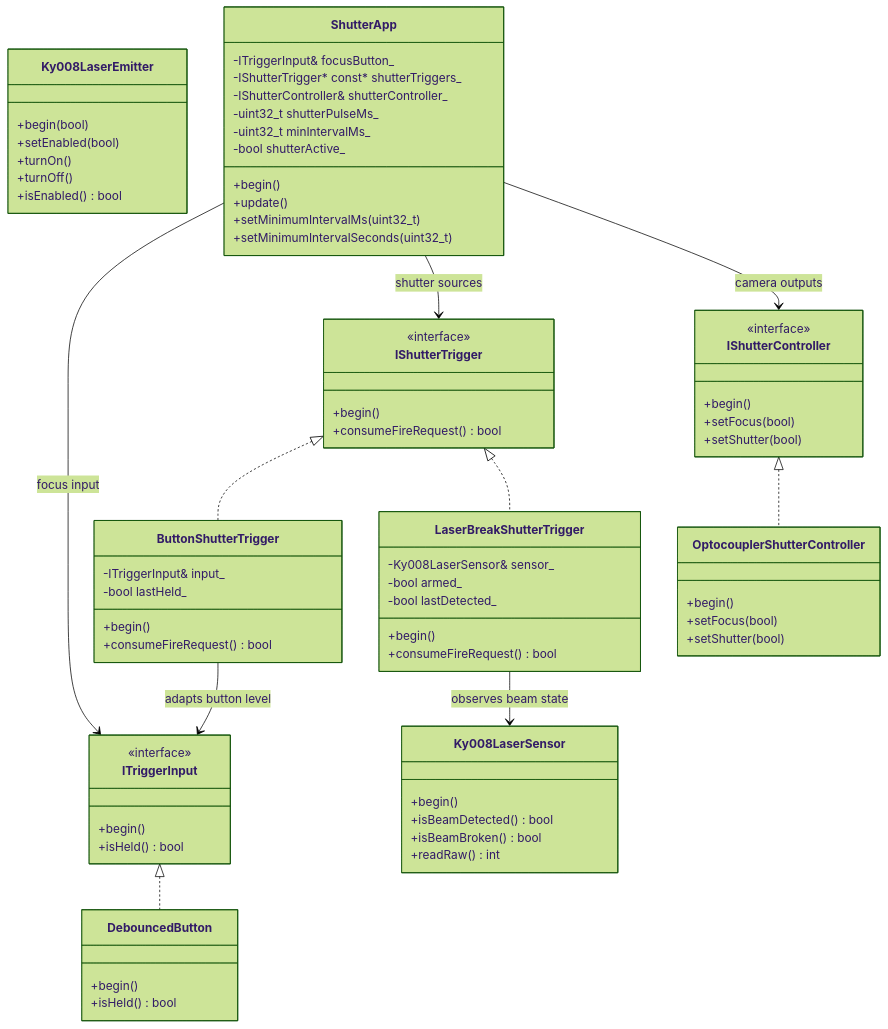
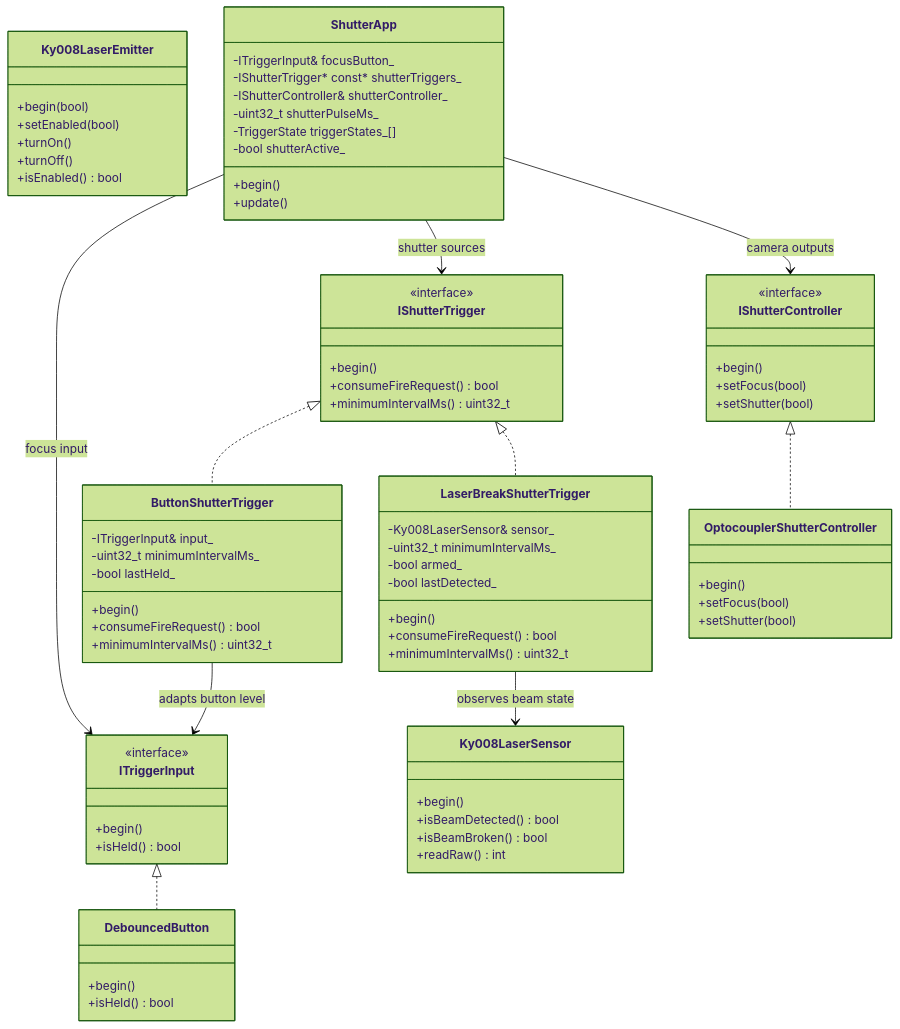
Before and after one commit to mvendert/ESP32Shutter: the second of 2 diagrams in ESP32Shutter/Shutter.md, drawn with Mermaid (forest theme). The commit also changed other lines of this file and 9 other files, not shown here.

```diff
--- a/ESP32Shutter/Shutter.md
+++ b/ESP32Shutter/Shutter.md
@@ -560,6 +562,7 @@
         <<interface>>
         +begin()
         +consumeFireRequest() bool
+        +minimumIntervalMs() uint32_t
     }
 
     class IShutterController {
@@ -591,17 +594,21 @@
 
     class ButtonShutterTrigger {
         -ITriggerInput& input_
+        -uint32_t minimumIntervalMs_
         -bool lastHeld_
         +begin()
         +consumeFireRequest() bool
+        +minimumIntervalMs() uint32_t
     }
 
     class LaserBreakShutterTrigger {
         -Ky008LaserSensor& sensor_
+        -uint32_t minimumIntervalMs_
         -bool armed_
         -bool lastDetected_
         +begin()
         +consumeFireRequest() bool
+        +minimumIntervalMs() uint32_t
     }
 
     class OptocouplerShutterController {
@@ -615,12 +622,10 @@
         -IShutterTrigger* const* shutterTriggers_
         -IShutterController& shutterController_
         -uint32_t shutterPulseMs_
-        -uint32_t minIntervalMs_
+        -TriggerState triggerStates_[]
         -bool shutterActive_
         +begin()
         +update()
-        +setMinimumIntervalMs(uint32_t)
-        +setMinimumIntervalSeconds(uint32_t)
     }
 
     ITriggerInput <|.. DebouncedButton
```
